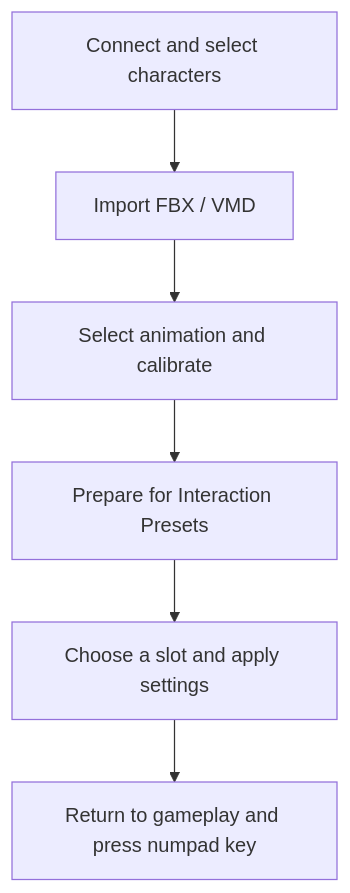
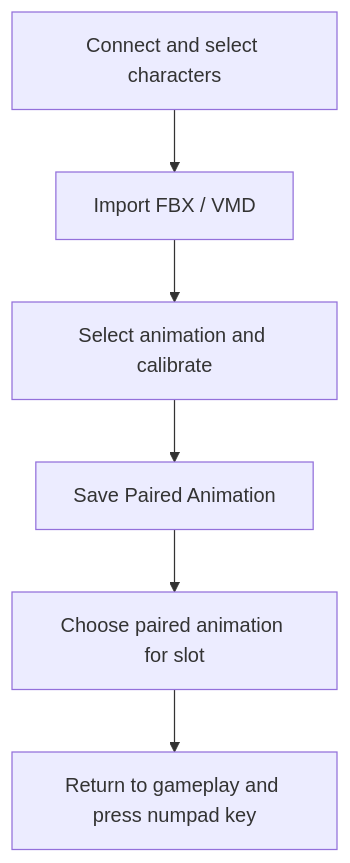
One commit to kevindaze/EndfieldAnimationImporter changed the diagram in README.en.md. Above: the diagram before and after it, drawn with Mermaid. The commit also changed other lines of this file and 20 other files, not shown here.

````diff
--- a/README.en.md
+++ b/README.en.md
@@ -22,8 +22,8 @@
 ```mermaid
 flowchart TD
     A[Connect and select characters] --> B[Import FBX / VMD]
     B --> C[Select animation and calibrate]
-    C --> D[Prepare for Interaction Presets]
-    D --> E[Choose a slot and apply settings]
+    C --> D[Save Paired Animation]
+    D --> E[Choose paired animation for slot]
     E --> F[Return to gameplay and press numpad key]
 ```
````
